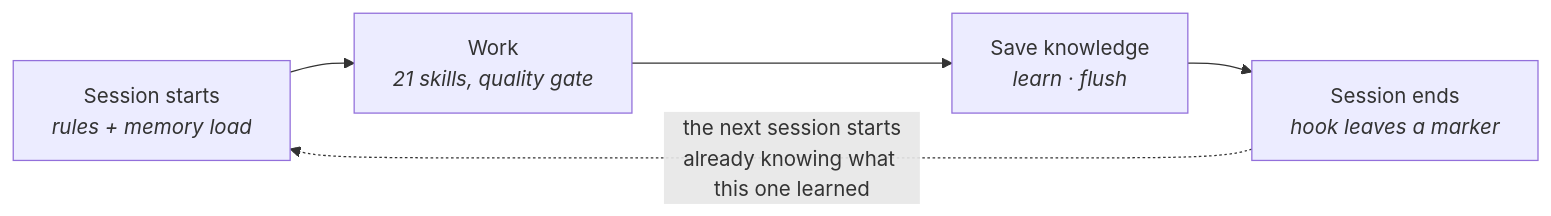
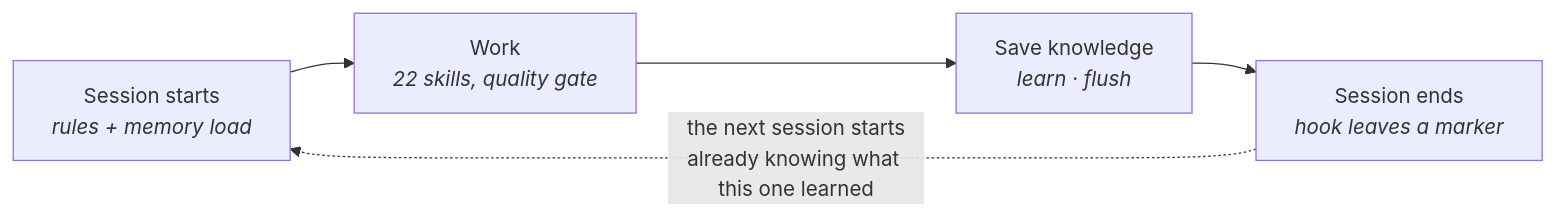
One commit to selawood-web/claude-code-generic-guide changed the first of 4 diagrams in SYSTEM-OVERVIEW.md. Above: the diagram before and after it, drawn with Mermaid. The commit also changed other lines of this file and 5 other files, not shown here.

````diff
--- a/SYSTEM-OVERVIEW.md
+++ b/SYSTEM-OVERVIEW.md
@@ -36,7 +36,7 @@
 ```mermaid
 flowchart LR
-    A["Session starts<br/><i>rules + memory load</i>"] --> B["Work<br/><i>21 skills, quality gate</i>"]
+    A["Session starts<br/><i>rules + memory load</i>"] --> B["Work<br/><i>22 skills, quality gate</i>"]
     B --> C["Save knowledge<br/><i>learn · flush</i>"]
     C --> D["Session ends<br/><i>hook leaves a marker</i>"]
     D -. "the next session starts<br/>already knowing what this one learned" .-> A
 ```
````
